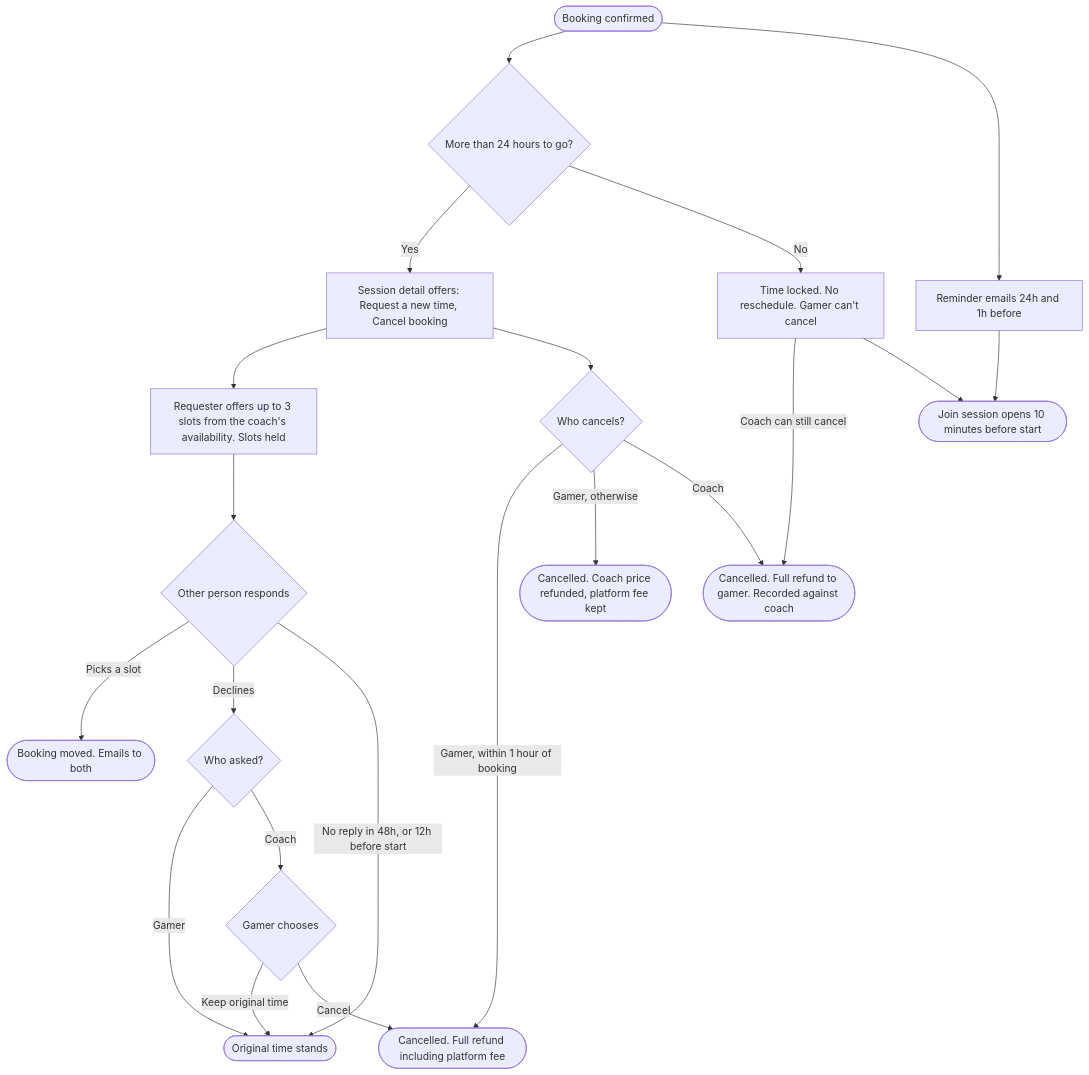
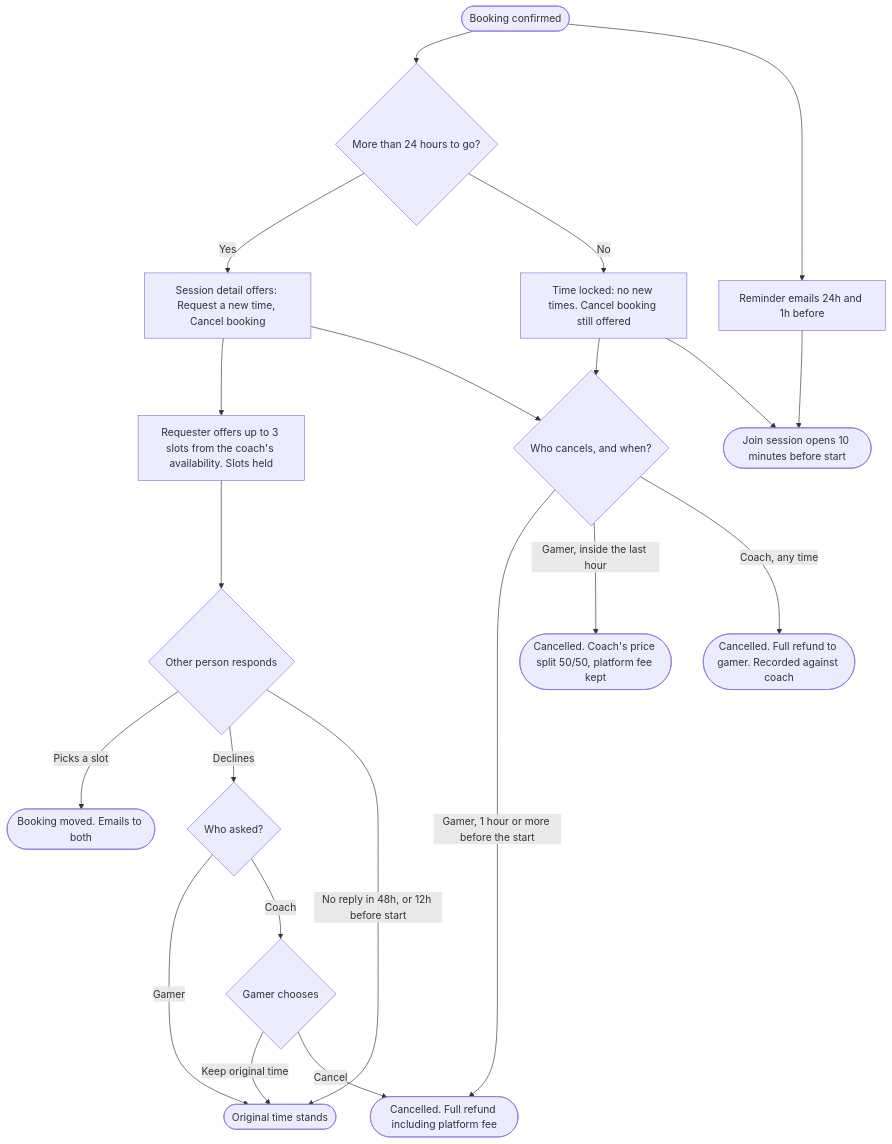
Before and after one commit to ILoveWaterSm/Harbourly-Waitlist-2.0: the fourth of 13 diagrams in design/USER-FLOW.md, drawn with Mermaid. The commit also changed other lines of this file and 3 other files, not shown here.

First line of the commit message:
Record the 23 Oct policy update: New Coach without a Verified badge, 6% fee and 12% commission, 1-hour cancellation with 50/50 split, no-show reports, price floor

````diff
--- a/design/USER-FLOW.md
+++ b/design/USER-FLOW.md
@@ -137,27 +137,27 @@
 ```mermaid
 flowchart TD
   Confirmed(["Booking confirmed"]) --> Window{"More than 24 hours to go?"}
 
   Window -->|"Yes"| Options["Session detail offers: Request a new time, Cancel booking"]
-  Window -->|"No"| Locked["Time locked. No reschedule. Gamer can't cancel"]
+  Window -->|"No"| Locked["Time locked: no new times. Cancel booking still offered"]
 
   Options --> Req["Requester offers up to 3 slots from the coach's availability. Slots held"]
   Req --> Other{"Other person responds"}
   Other -->|"Picks a slot"| Moved(["Booking moved. Emails to both"])
   Other -->|"Declines"| WhoAsked{"Who asked?"}
   WhoAsked -->|"Gamer"| Stands(["Original time stands"])
   WhoAsked -->|"Coach"| GamerChoice{"Gamer chooses"}
   GamerChoice -->|"Keep original time"| Stands
   GamerChoice -->|"Cancel"| FullRefund(["Cancelled. Full refund including platform fee"])
   Other -->|"No reply in 48h, or 12h before start"| Stands
 
-  Options --> CancelWho{"Who cancels?"}
-  CancelWho -->|"Gamer, within 1 hour of booking"| FullRefund
-  CancelWho -->|"Gamer, otherwise"| PartRefund(["Cancelled. Coach price refunded, platform fee kept"])
-  CancelWho -->|"Coach"| CoachCancel(["Cancelled. Full refund to gamer. Recorded against coach"])
-  Locked -->|"Coach can still cancel"| CoachCancel
+  Options --> CancelWho{"Who cancels, and when?"}
+  Locked --> CancelWho
+  CancelWho -->|"Gamer, 1 hour or more before the start"| FullRefund
+  CancelWho -->|"Gamer, inside the last hour"| Split(["Cancelled. Coach's price split 50/50, platform fee kept"])
+  CancelWho -->|"Coach, any time"| CoachCancel(["Cancelled. Full refund to gamer. Recorded against coach"])
 
   Confirmed --> Remind["Reminder emails 24h and 1h before"]
   Remind --> Join(["Join session opens 10 minutes before start"])
   Locked --> Join
 ```
````
